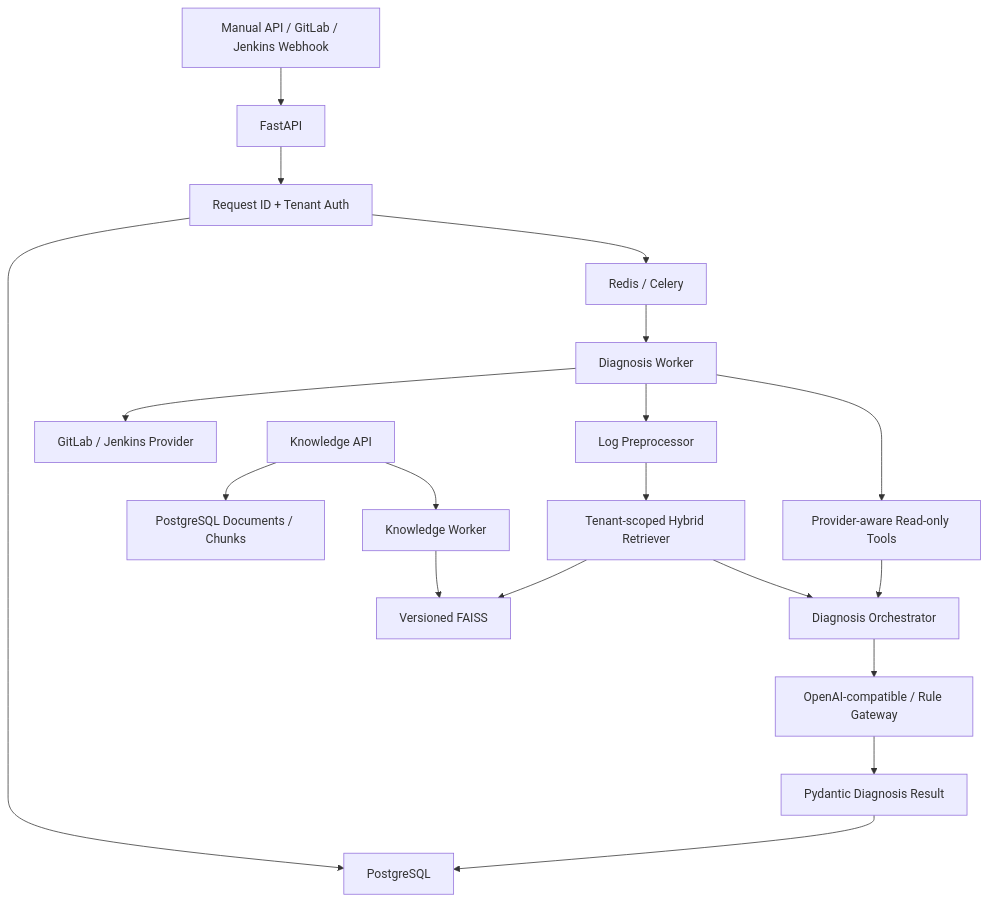
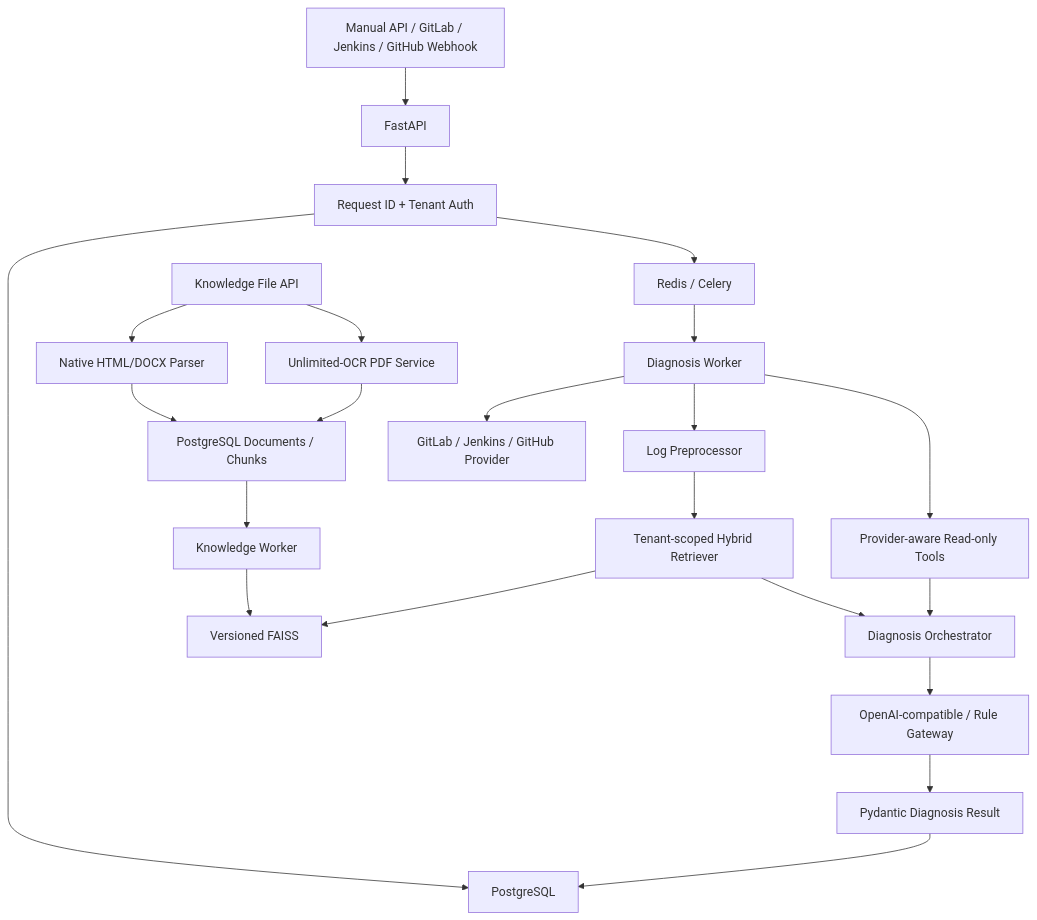
The diagram in docs/architecture.md (goblinM/ci-assistant-platform), drawn with Mermaid before and after one commit. The commit also changed other lines of this file and 27 other files, not shown here.

Commit message:
feat: add Unlimited OCR document parsing

````diff
--- a/docs/architecture.md
+++ b/docs/architecture.md
@@ -8,23 +8,26 @@
 ```mermaid
 flowchart TD
-    A["Manual API / GitLab / Jenkins Webhook"] --> B["FastAPI"]
+    A["Manual API / GitLab / Jenkins / GitHub Webhook"] --> B["FastAPI"]
     B --> C["Request ID + Tenant Auth"]
     C --> D["PostgreSQL"]
     C --> E["Redis / Celery"]
     E --> F["Diagnosis Worker"]
 
-    F --> G["GitLab / Jenkins Provider"]
+    F --> G["GitLab / Jenkins / GitHub Provider"]
     F --> H["Log Preprocessor"]
     H --> I["Tenant-scoped Hybrid Retriever"]
     I --> J["Versioned FAISS"]
     F --> K["Provider-aware Read-only Tools"]
     I --> L["Diagnosis Orchestrator"]
     K --> L
     L --> M["OpenAI-compatible / Rule Gateway"]
     M --> N["Pydantic Diagnosis Result"]
     N --> D
 
-    O["Knowledge API"] --> P["PostgreSQL Documents / Chunks"]
-    O --> Q["Knowledge Worker"]
-    Q --> J
+    O["Knowledge File API"] --> P["Native HTML/DOCX Parser"]
+    O --> Q["Unlimited-OCR PDF Service"]
+    P --> R["PostgreSQL Documents / Chunks"]
+    Q --> R
+    R --> S["Knowledge Worker"]
+    S --> J
 ```
````
